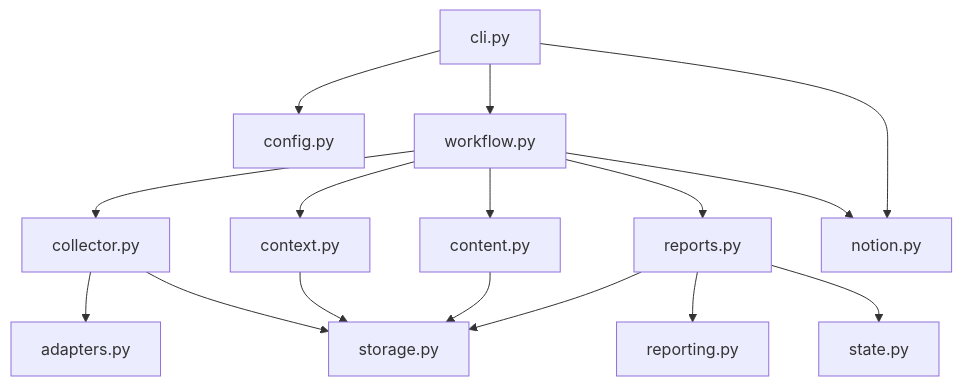
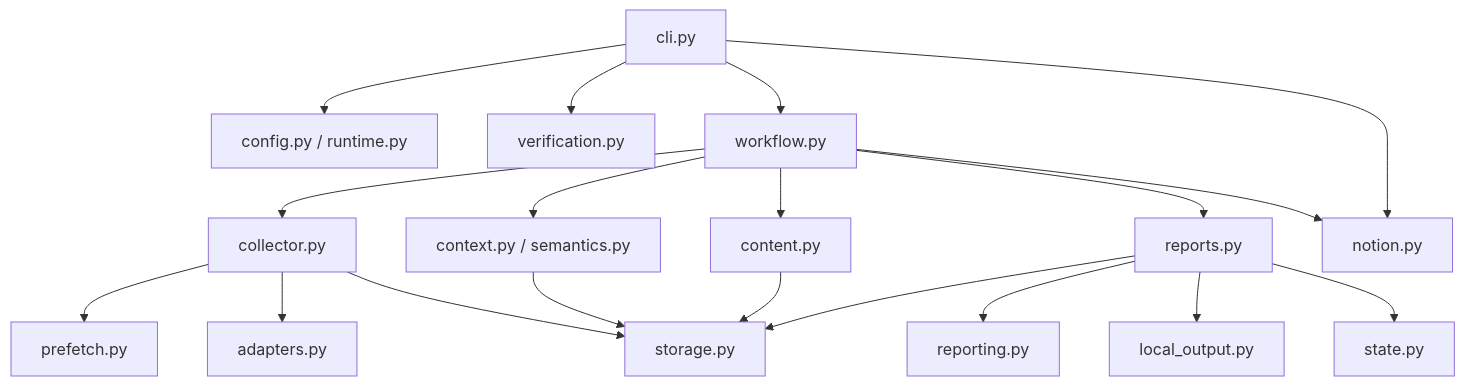
One commit to Merak-Wang/daily-intelligence-skill changed the diagram in wiki/02-总体架构.md. Above: the diagram before and after it, drawn with Mermaid. The commit also changed other lines of this file and 47 other files, not shown here.

````diff
--- a/wiki/02-总体架构.md
+++ b/wiki/02-总体架构.md
@@ -17,18 +17,21 @@
 ```mermaid
 flowchart TB
-    CLI[cli.py] --> CFG[config.py]
+    CLI[cli.py] --> CFG[config.py / runtime.py]
+    CLI --> VER[verification.py]
     CLI --> WF[workflow.py]
     WF --> COL[collector.py]
+    COL --> PRE[prefetch.py]
     COL --> ADP[adapters.py]
-    WF --> CTX[context.py]
+    WF --> CTX[context.py / semantics.py]
     WF --> CNT[content.py]
     WF --> REP[reports.py]
     REP --> CMP[reporting.py]
+    REP --> LOC[local_output.py]
     REP --> STA[state.py]
     WF --> NOT[notion.py]
     CLI --> NOT
     COL --> STO[storage.py]
     CTX --> STO
     CNT --> STO
     REP --> STO
 ```
````
